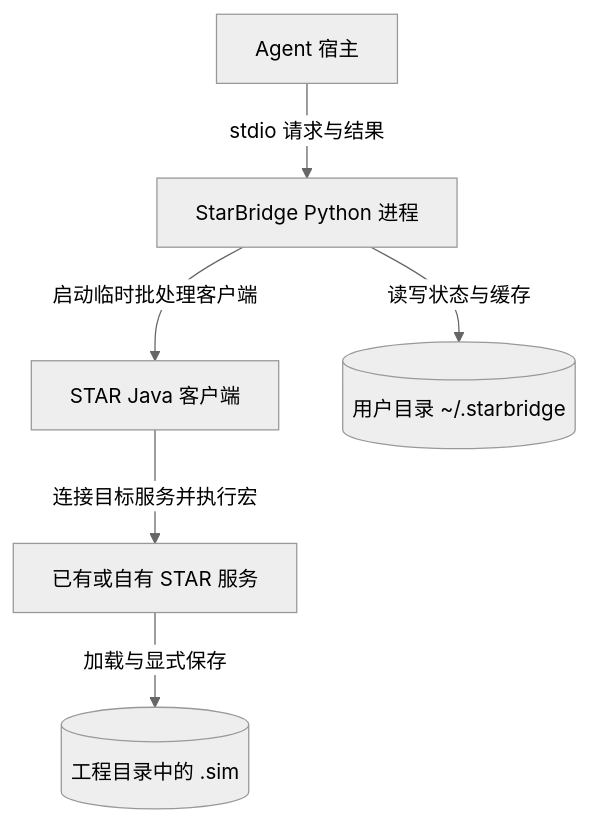
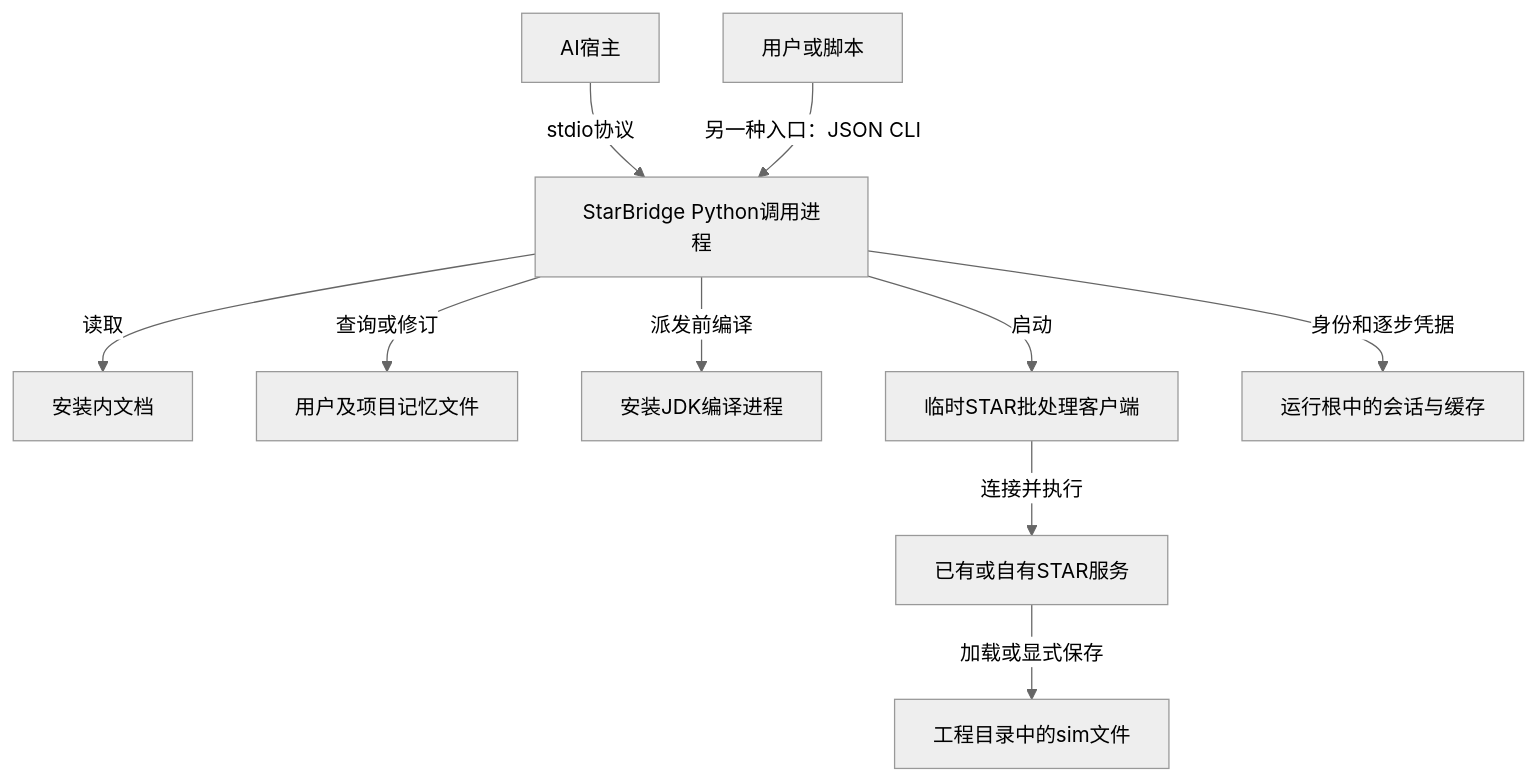
One commit to Laxpud/StarBridge changed the second of 3 diagrams in docs/tech/architecture.md. Above: the diagram before and after it, drawn with Mermaid (neutral theme). The commit also changed other lines of this file and 11 other files, not shown here.

````diff
--- a/docs/tech/architecture.md
+++ b/docs/tech/architecture.md
@@ -23,8 +24,12 @@
 ```mermaid
 flowchart TD
-    host["Agent 宿主"] -->|stdio 请求与结果| python["StarBridge Python 进程"]
-    python -->|启动临时批处理客户端| client["STAR Java 客户端"]
-    client -->|连接目标服务并执行宏| server["已有或自有 STAR 服务"]
-    server -->|加载与显式保存| sim[("工程目录中的 .sim")]
-    python -->|读写状态与缓存| runtime[("用户目录 ~/.starbridge")]
+    host[AI宿主] -->|stdio协议| python[StarBridge Python调用进程]
+    shell[用户或脚本] -->|另一种入口：JSON CLI| python
+    python -->|读取| docs[安装内文档]
+    python -->|查询或修订| memory[用户及项目记忆文件]
+    python -->|派发前编译| javac[安装JDK编译进程]
+    python -->|启动| client[临时STAR批处理客户端]
+    client -->|连接并执行| server[已有或自有STAR服务]
+    server -->|加载或显式保存| sim[工程目录中的sim文件]
+    python -->|身份和逐步凭据| runtime[运行根中的会话与缓存]
 ```
````
